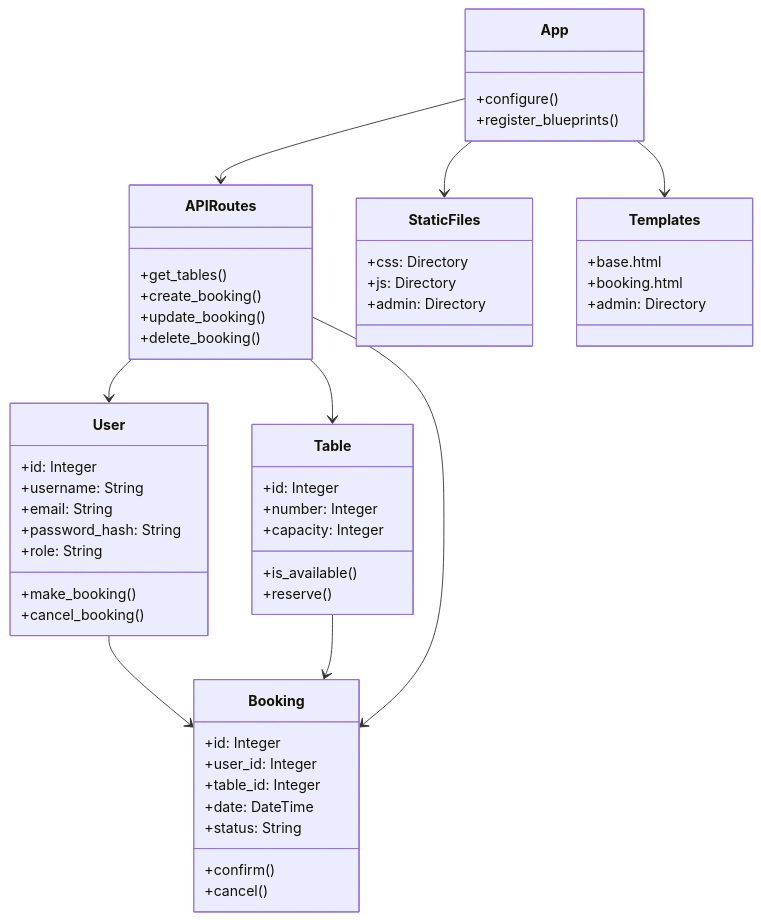
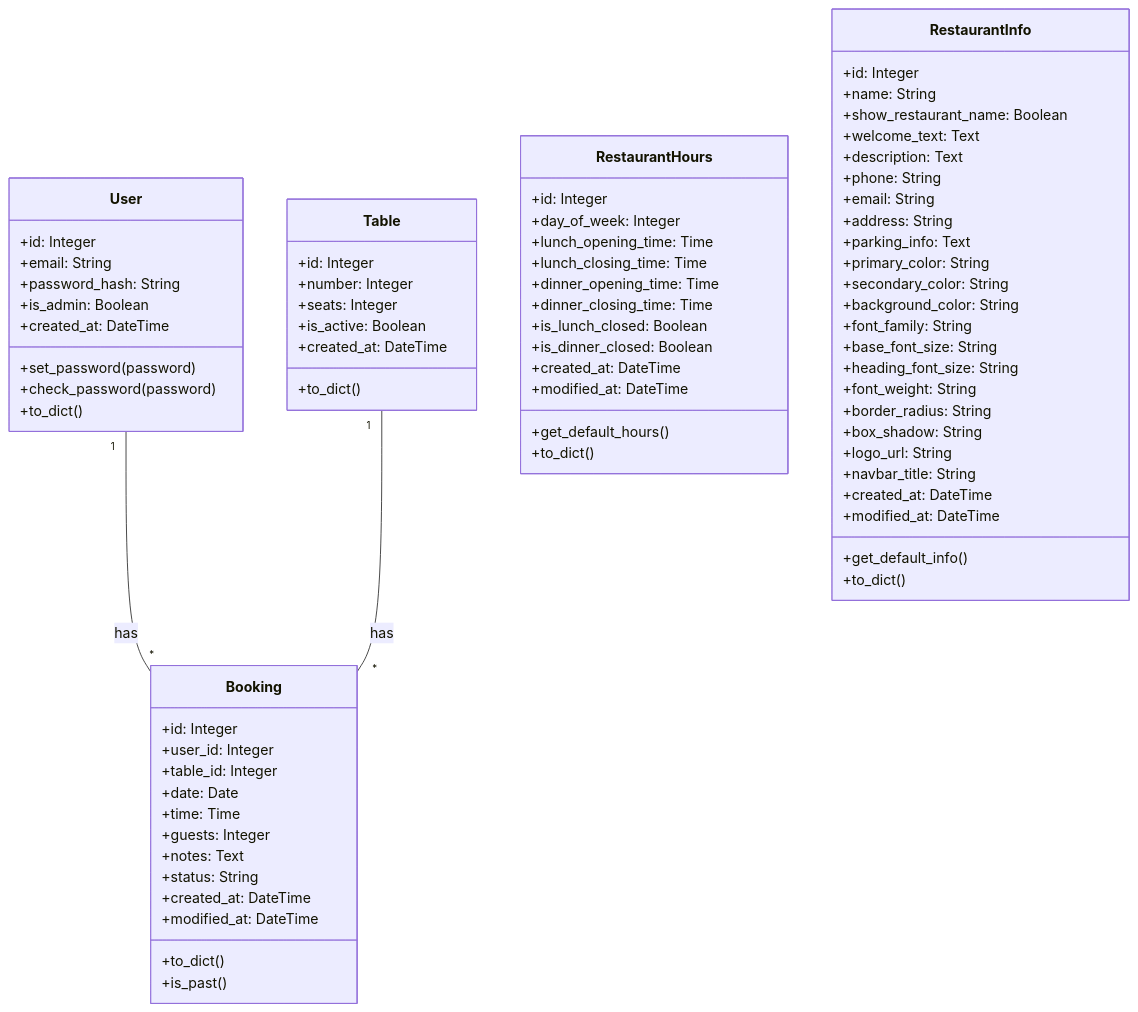
The diagram in UML.mermaid (nicola-palo/prenota-il-tuo-tavolo), drawn with Mermaid before and after one commit.

Commit message:
Update UML.mermaid
fix problem text

```diff
--- a/UML.mermaid
+++ b/UML.mermaid
@@ -1,61 +1,80 @@
 classDiagram
-    class App {
-        +configure()
-        +register_blueprints()
-    }
-    
     class User {
         +id: Integer
-        +username: String
         +email: String
         +password_hash: String
-        +role: String
-        +make_booking()
-        +cancel_booking()
+        +is_admin: Boolean
+        +created_at: DateTime
+        +set_password(password)
+        +check_password(password)
+        +to_dict()
     }
 
     class Table {
         +id: Integer
         +number: Integer
-        +capacity: Integer
-        +is_available()
-        +reserve()
+        +seats: Integer
+        +is_active: Boolean
+        +created_at: DateTime
+        +to_dict()
     }
 
     class Booking {
         +id: Integer
         +user_id: Integer
         +table_id: Integer
-        +date: DateTime
+        +date: Date
+        +time: Time
+        +guests: Integer
+        +notes: Text
         +status: String
-        +confirm()
-        +cancel()
+        +created_at: DateTime
+        +modified_at: DateTime
+        +to_dict()
+        +is_past()
     }
 
-    class APIRoutes {
-        +get_tables()
-        +create_booking()
-        +update_booking()
-        +delete_booking()
+    class RestaurantHours {
+        +id: Integer
+        +day_of_week: Integer
+        +lunch_opening_time: Time
+        +lunch_closing_time: Time
+        +dinner_opening_time: Time
+        +dinner_closing_time: Time
+        +is_lunch_closed: Boolean
+        +is_dinner_closed: Boolean
+        +created_at: DateTime
+        +modified_at: DateTime
+        +get_default_hours()
+        +to_dict()
     }
 
-    class StaticFiles {
-        +css: Directory
-        +js: Directory
-        +admin: Directory
+    class RestaurantInfo {
+        +id: Integer
+        +name: String
+        +show_restaurant_name: Boolean
+        +welcome_text: Text
+        +description: Text
+        +phone: String
+        +email: String
+        +address: String
+        +parking_info: Text
+        +primary_color: String
+        +secondary_color: String
+        +background_color: String
+        +font_family: String
+        +base_font_size: String
+        +heading_font_size: String
+        +font_weight: String
+        +border_radius: String
+        +box_shadow: String
+        +logo_url: String
+        +navbar_title: String
+        +created_at: DateTime
+        +modified_at: DateTime
+        +get_default_info()
+        +to_dict()
     }
 
-    class Templates {
-        +base.html
-        +booking.html
-        +admin: Directory
-    }
-
-    App --> APIRoutes
-    App --> StaticFiles
-    App --> Templates
-    User --> Booking
-    Table --> Booking
-    APIRoutes --> User
-    APIRoutes --> Table
-    APIRoutes --> Booking
+    User "1" -- "*" Booking : has
+    Table "1" -- "*" Booking : has
```
